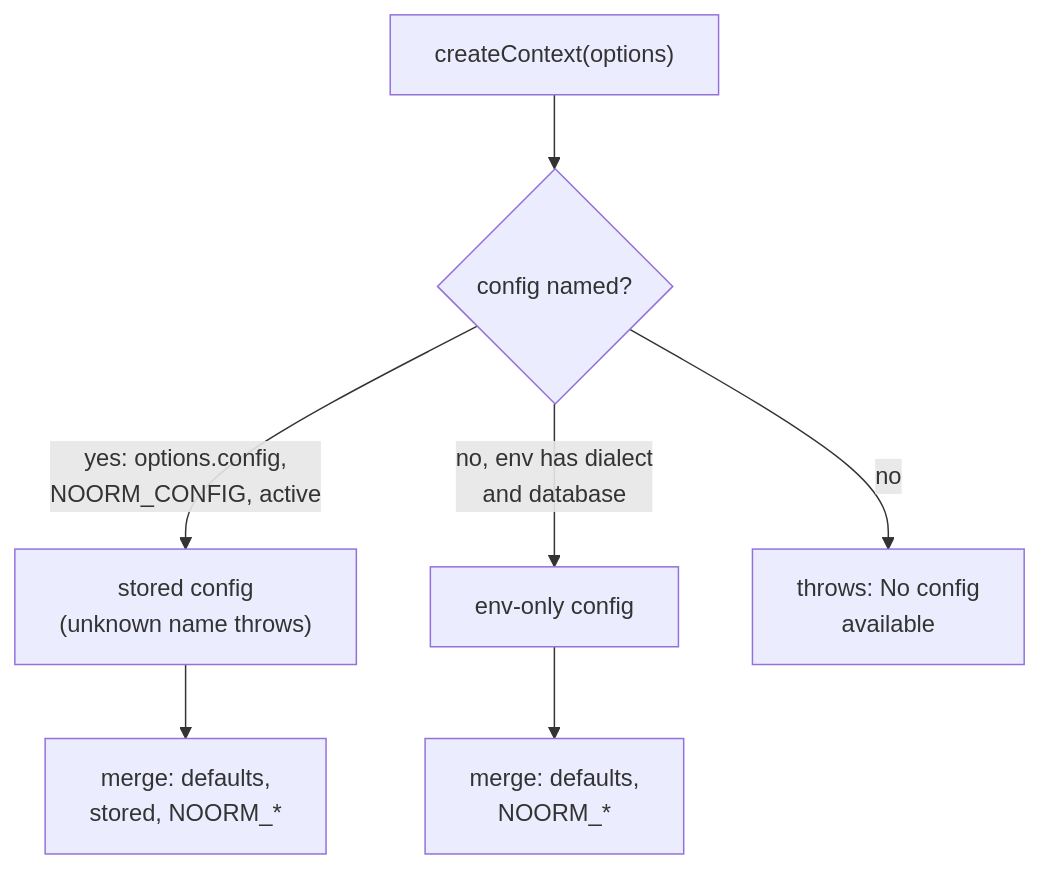
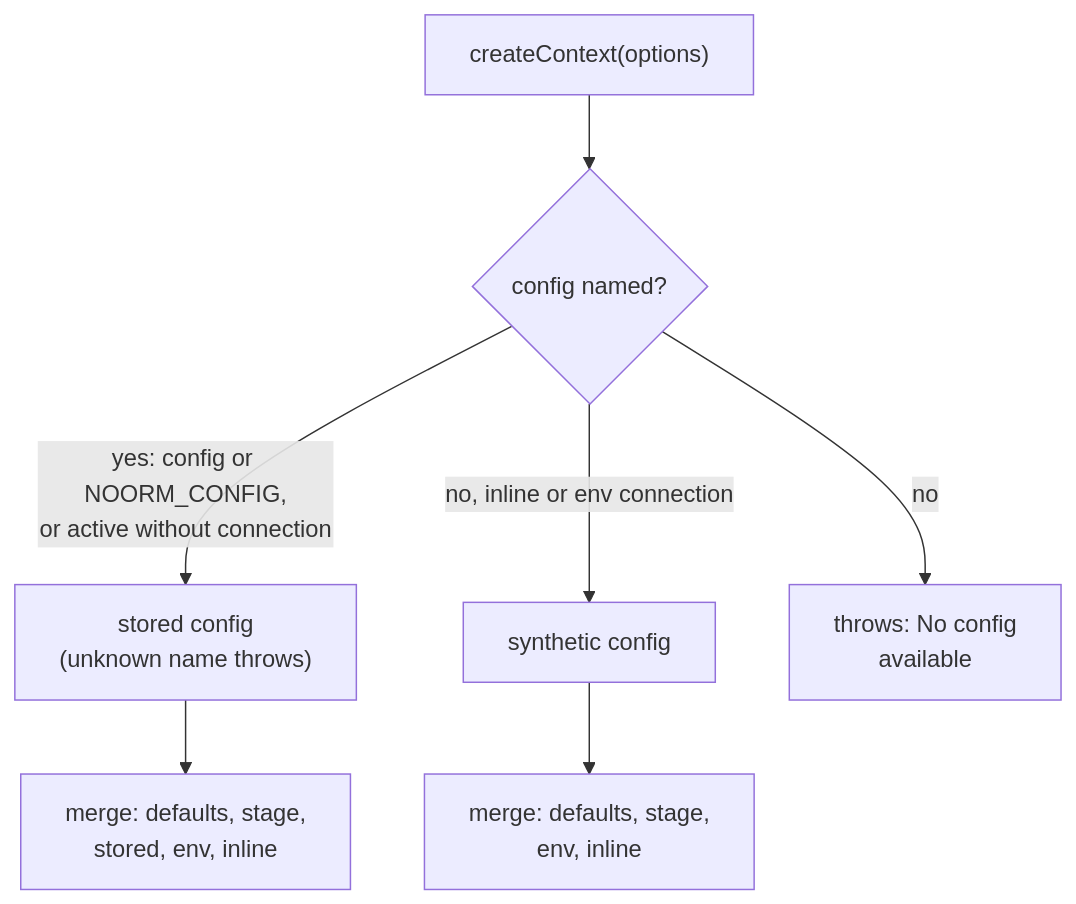
One commit to noormdev/noorm changed the second of 5 diagrams in docs/reference/sdk.md. Above: the diagram before and after it, drawn with Mermaid. The commit also changed other lines of this file and 557 other files, not shown here.

````diff
--- a/docs/reference/sdk.md
+++ b/docs/reference/sdk.md
@@ -104,9 +119,9 @@
 ```mermaid
 flowchart TD
     A["createContext(options)"] --> B{"config named?"}
-    B -->|"yes: options.config,<br/>NOORM_CONFIG, active"| C["stored config<br/>(unknown name throws)"]
-    B -->|"no, env has dialect<br/>and database"| D["env-only config"]
+    B -->|"yes: config or NOORM_CONFIG,<br/>or active without connection"| C["stored config<br/>(unknown name throws)"]
+    B -->|"no, inline or env connection"| D["synthetic config"]
     B -->|"no"| E["throws: No config<br/>available"]
-    C --> F["merge: defaults,<br/>stored, NOORM_*"]
-    D --> G["merge: defaults,<br/>NOORM_*"]
+    C --> F["merge: defaults, stage,<br/>stored, env, inline"]
+    D --> G["merge: defaults, stage,<br/>env, inline"]
 ```
````
